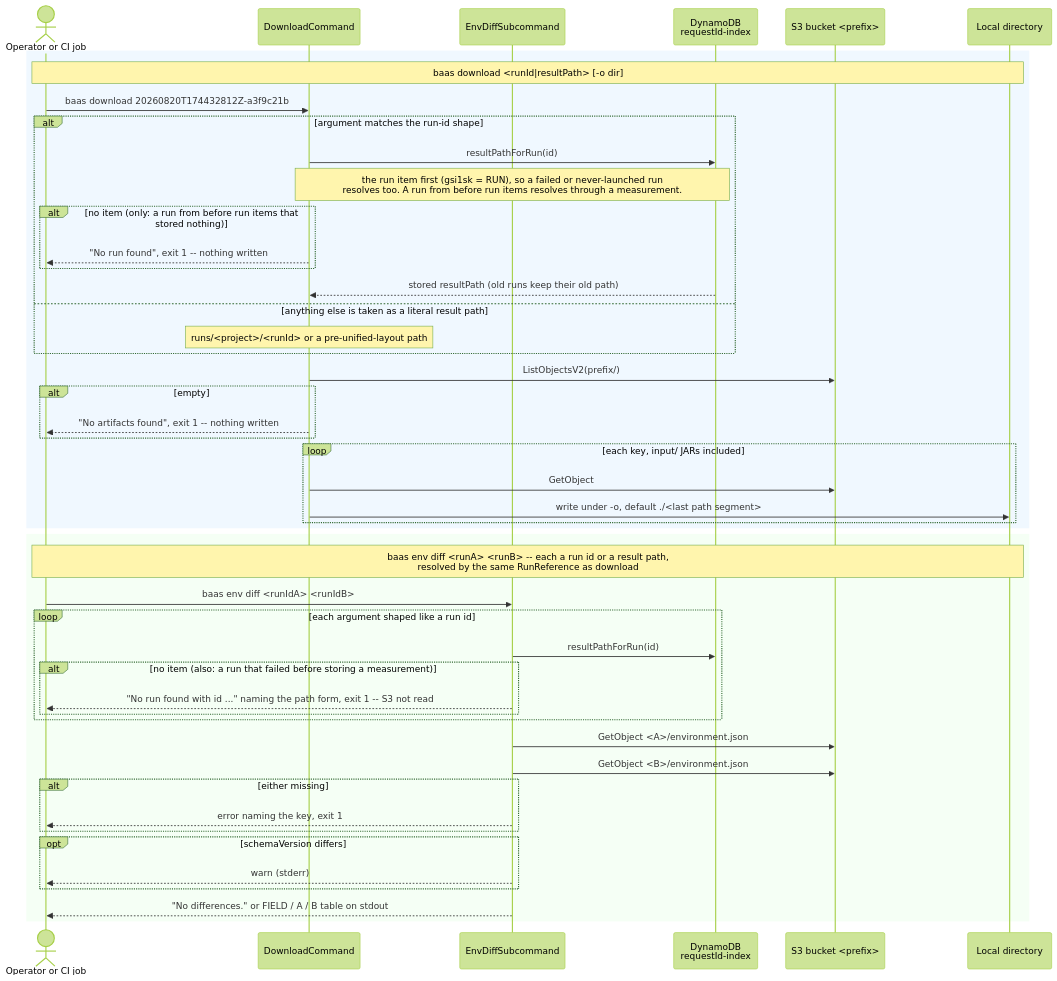
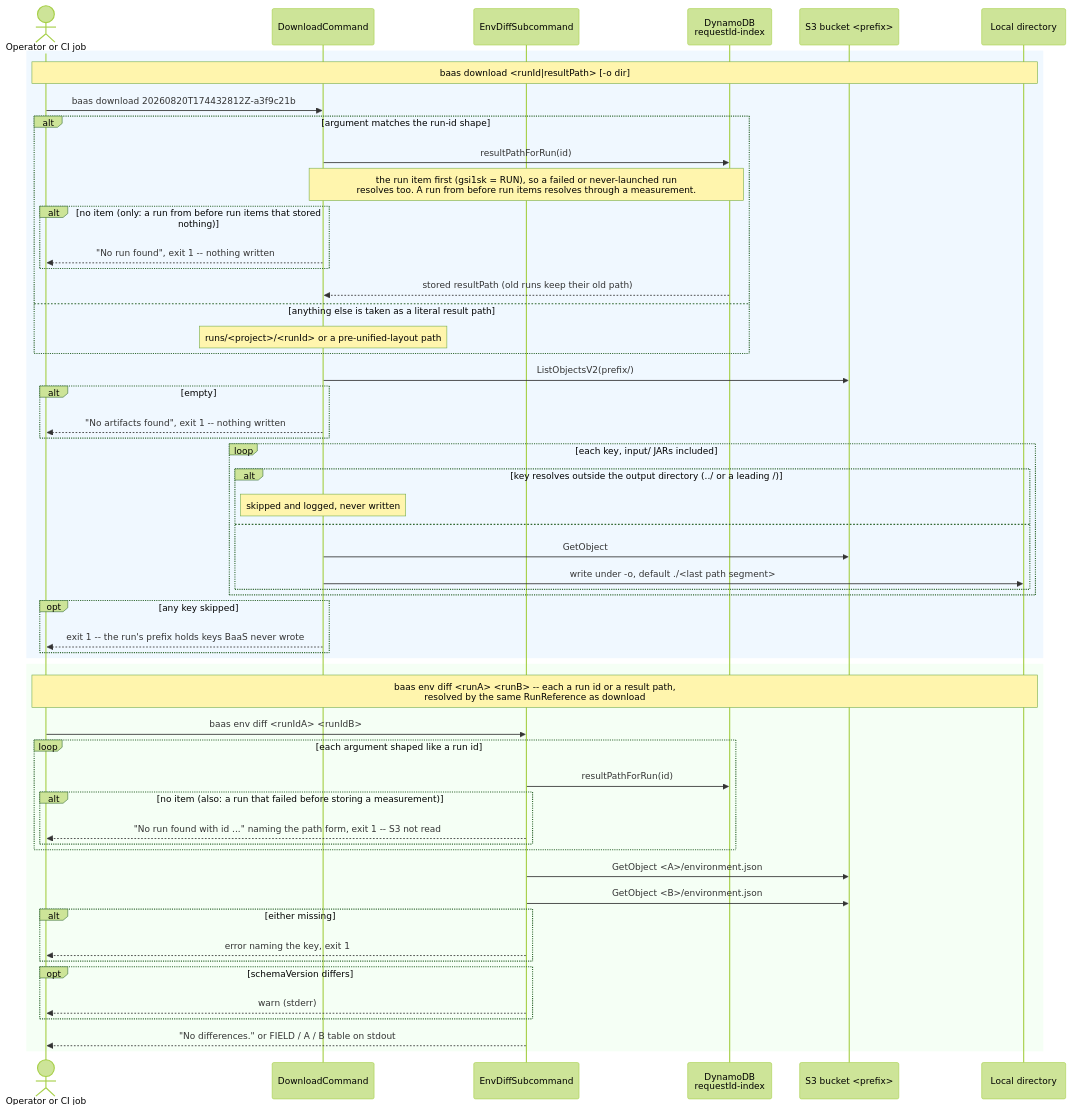
The diagram in docs/diagrams/baas-download-env-diff.mmd (wsztajerowski/benchmark-as-a-service), drawn with Mermaid (forest theme) before and after one commit. The commit also changed 2 other files, not shown here.

Commit message:
fix(cli): keep baas download inside its output directory
An S3 key is an arbitrary string, and anything holding s3:PutObject on
the bucket can write one under a run's prefix: the runner role, so any
code in a benchmark JAR, and the operator role CI federates into. A key
such as runs/p/<id>/../../.zshrc was resolved under the output directory
without normalising, so download wrote it outside, onto the operator's
machine. A remainder starting with / discarded the root altogether.

Each key's target is now normalised and must stay below the root;
anything else is skipped with a warning, and the command exits 1 so a
tampered prefix does not pass silently. A literal path ending in . or ..
no longer makes the working directory or its parent the default root.

Finding S13 in docs/review/baas-cli-findings.md.

```diff
--- a/docs/diagrams/baas-download-env-diff.mmd
+++ b/docs/diagrams/baas-download-env-diff.mmd
@@ -1,50 +1,57 @@
 sequenceDiagram
     actor User as Operator or CI job
     participant DL as DownloadCommand
     participant ED as EnvDiffSubcommand
     participant DDB as DynamoDB<br/>requestId-index
     participant S3 as S3 bucket <prefix>
     participant FS as Local directory
 
     rect rgb(240, 248, 255)
         Note over User,FS: baas download <runId|resultPath> [-o dir]
         User->>DL: baas download 20260820T174432812Z-a3f9c21b
         alt argument matches the run-id shape
             DL->>DDB: resultPathForRun(id)
             Note over DL,DDB: the run item first (gsi1sk = RUN), so a failed or never-launched run<br/>resolves too. A run from before run items resolves through a measurement.
             alt no item (only: a run from before run items that stored nothing)
                 DL-->>User: "No run found", exit 1 -- nothing written
             end
             DDB-->>DL: stored resultPath (old runs keep their old path)
         else anything else is taken as a literal result path
             Note over DL: runs/<project>/<runId> or a pre-unified-layout path
         end
         DL->>S3: ListObjectsV2(prefix/)
         alt empty
             DL-->>User: "No artifacts found", exit 1 -- nothing written
         end
         loop each key, input/ JARs included
-            DL->>S3: GetObject
-            DL->>FS: write under -o, default ./<last path segment>
+            alt key resolves outside the output directory (../ or a leading /)
+                Note over DL: skipped and logged, never written
+            else
+                DL->>S3: GetObject
+                DL->>FS: write under -o, default ./<last path segment>
+            end
+        end
+        opt any key skipped
+            DL-->>User: exit 1 -- the run's prefix holds keys BaaS never wrote
         end
     end
 
     rect rgb(245, 255, 245)
         Note over User,FS: baas env diff <runA> <runB> -- each a run id or a result path,<br/>resolved by the same RunReference as download
         User->>ED: baas env diff <runIdA> <runIdB>
         loop each argument shaped like a run id
             ED->>DDB: resultPathForRun(id)
             alt no item (also: a run that failed before storing a measurement)
                 ED-->>User: "No run found with id ..." naming the path form, exit 1 -- S3 not read
             end
         end
         ED->>S3: GetObject <A>/environment.json
         ED->>S3: GetObject <B>/environment.json
         alt either missing
             ED-->>User: error naming the key, exit 1
         end
         opt schemaVersion differs
             ED-->>User: warn (stderr)
         end
         ED-->>User: "No differences." or FIELD / A / B table on stdout
     end
```
